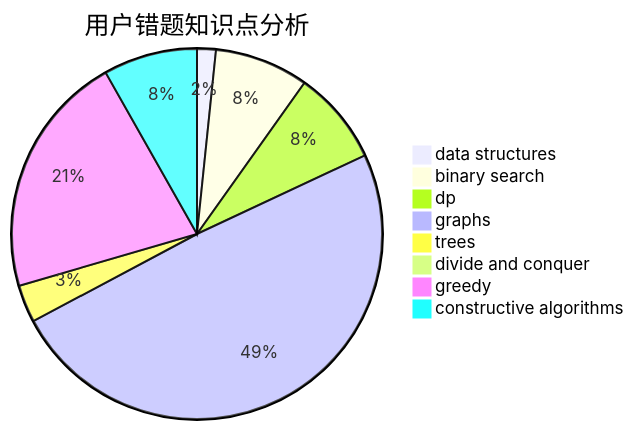
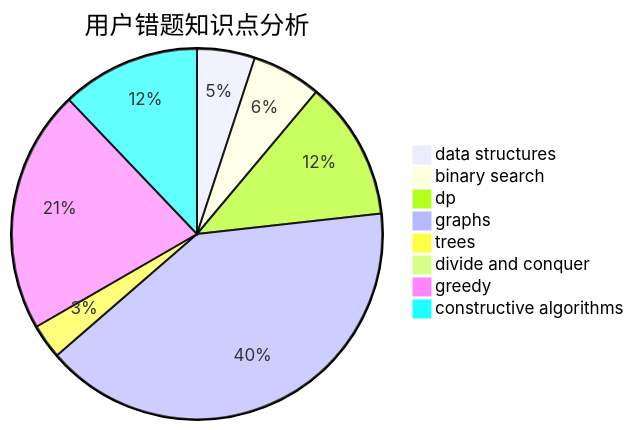
Before and after one commit to sherpahu/cfrs.github.io: the third of 3 diagrams in docs/user/u1591.md, drawn with Mermaid. The commit also changed other lines of this file and 2770 other files, not shown here.

````diff
--- a/docs/user/u1591.md
+++ b/docs/user/u1591.md
@@ -36,11 +36,11 @@
 ```mermaid
 pie title 用户错题知识点分析
-    "data structures" :  1
-    "binary search" :  5
-    "dp" :  5
-    "graphs" :  30
-    "trees" :  2
+    "data structures" :  5
+    "binary search" :  6
+    "dp" :  12
+    "graphs" :  40
+    "trees" :  3
     "divide and conquer" :  0
-    "greedy" :  13
-    "constructive algorithms" :  5
+    "greedy" :  21
+    "constructive algorithms" :  12
 ```
````
